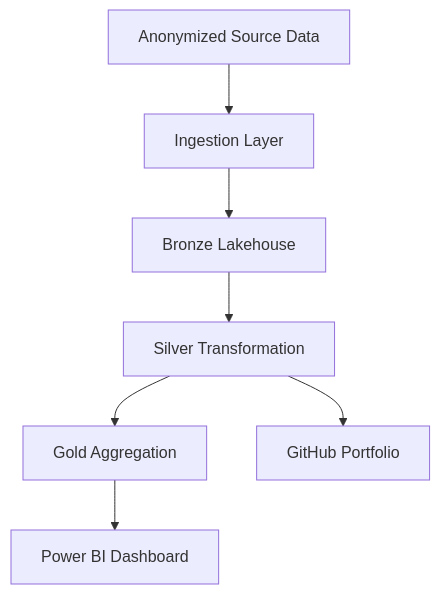
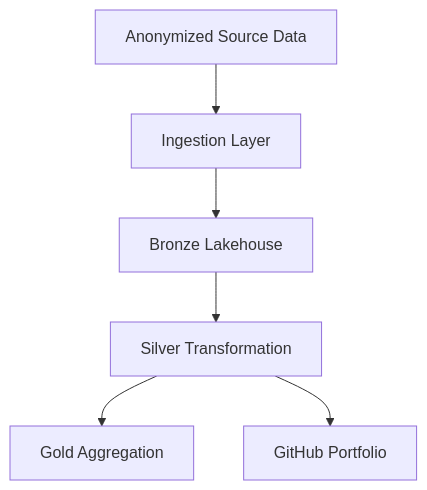
Before and after one commit to ahmetceylan90/fabric-retail-analytics-platform: the diagram in README.md, drawn with Mermaid. The commit also changed other lines of this file, not shown here.

First line of the commit message:
Update README to reflect changes in data flow and technologies

````diff
--- a/README.md
+++ b/README.md
@@ -12,9 +12,8 @@
 ```mermaid
 flowchart TB
     A[Anonymized Source Data] --> B[Ingestion Layer]
     B --> C[Bronze Lakehouse]
     C --> D[Silver Transformation]
     D --> E[Gold Aggregation]
-    E --> F[Power BI Dashboard]
     D --> G[GitHub Portfolio]
 ```
````
